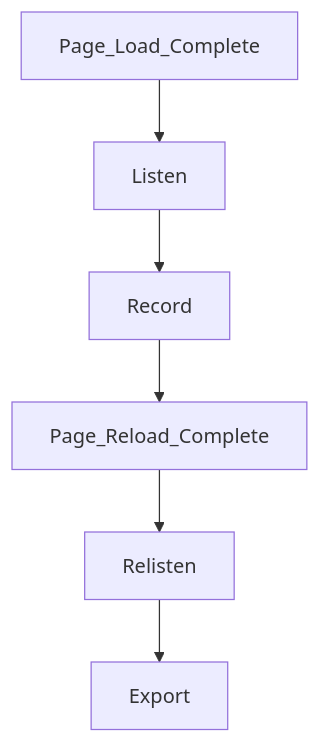
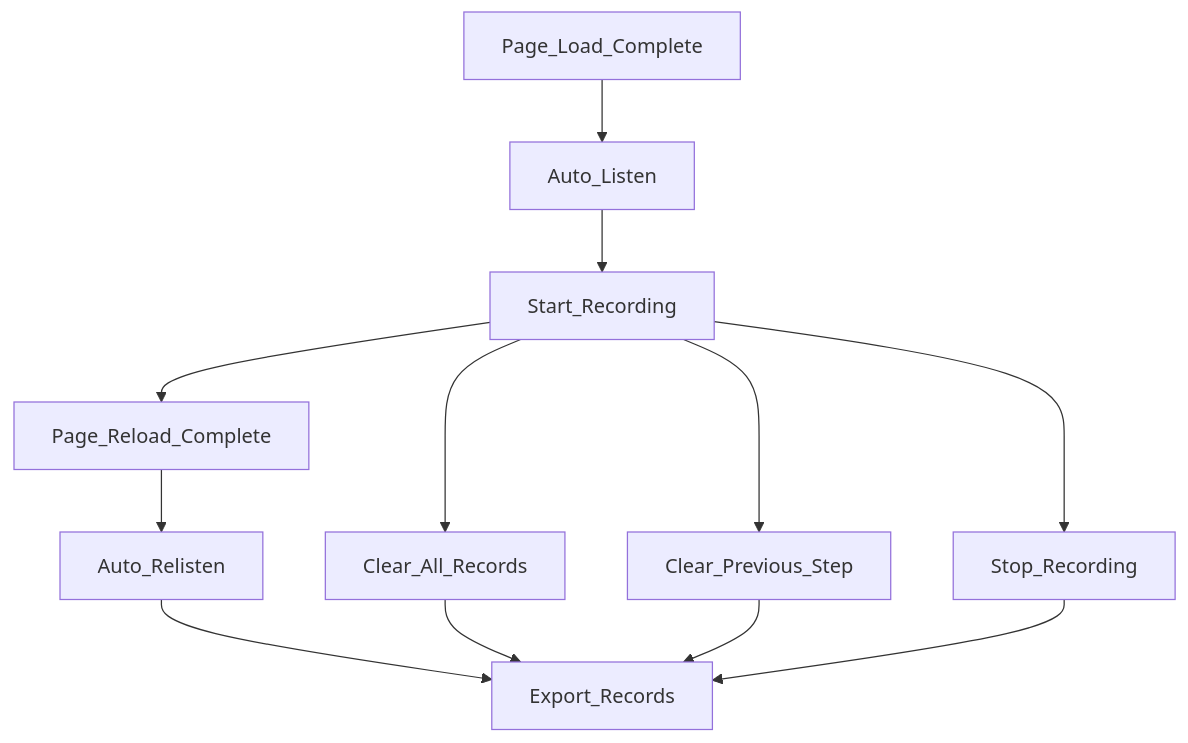
Before and after one commit to yixiangTW/action-catch: the diagram in readme.md, drawn with Mermaid. The commit also changed other lines of this file, not shown here.

````diff
--- a/readme.md
+++ b/readme.md
@@ -67,4 +71,8 @@
 ```mermaid
 graph TD;
-  Page_Load_Complete-->Listen-->Record-->Page_Reload_Complete-->Relisten-->Export;
+  Page_Load_Complete-->Auto_Listen-->Start_Recording-->Page_Reload_Complete-->Auto_Relisten-->Export_Records;
+  Start_Recording-->Clear_All_Records-->Export_Records
+  Start_Recording-->Clear_Previous_Step-->Export_Records
+  Start_Recording-->Stop_Recording-->Export_Records
+
 ```
````
